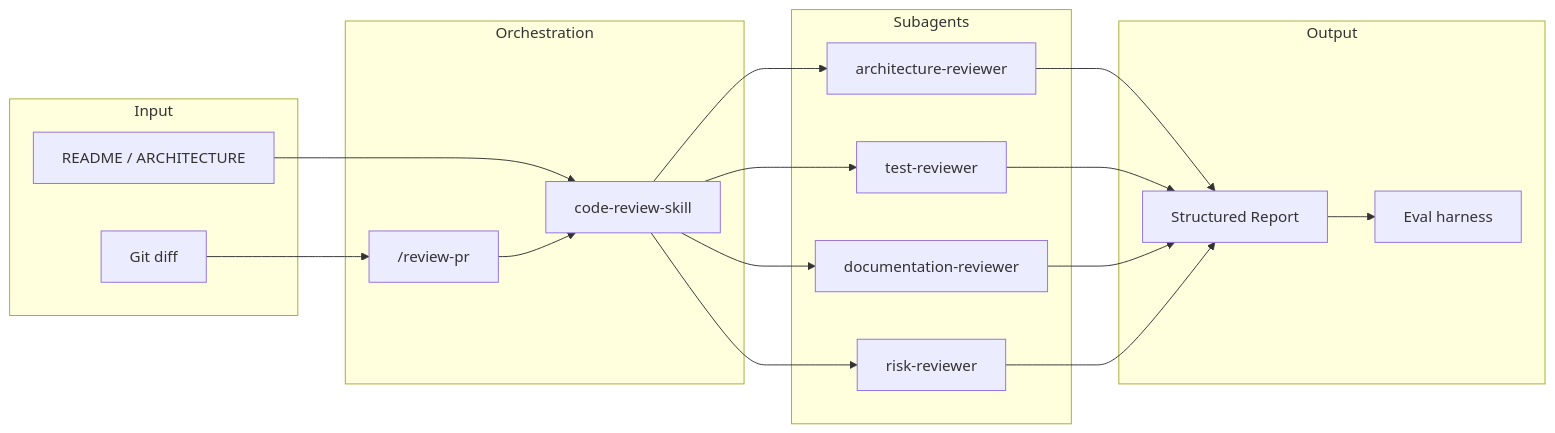
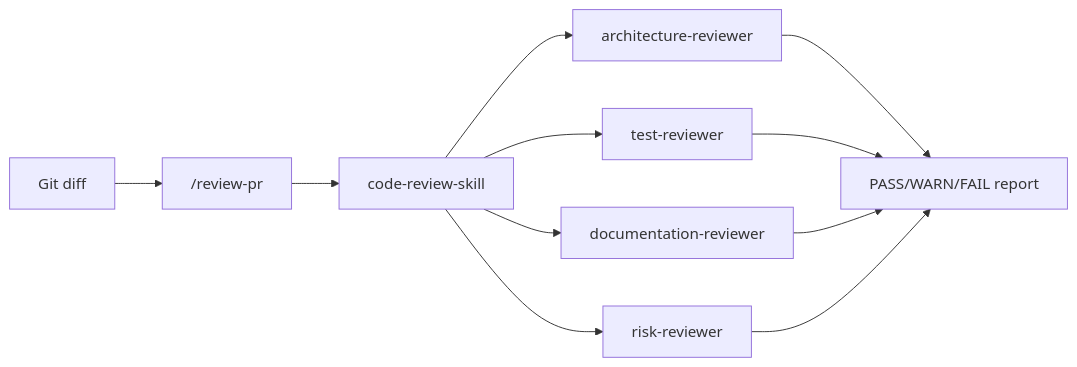
One commit to ParisaJamadi/Smart-Code-Review-Guardian changed the diagram in README.md. Above: the diagram before and after it, drawn with Mermaid. The commit also changed other lines of this file and 8 other files, not shown here.

````diff
--- a/README.md
+++ b/README.md
@@ -96,27 +61,10 @@
 ```mermaid
 flowchart LR
-  subgraph input [Input]
-    Git[Git diff]
-    Docs[README / ARCHITECTURE]
-  end
-  subgraph orchestration [Orchestration]
-    CMD["/review-pr"]
-    Skill[code-review-skill]
-  end
-  subgraph reviewers [Subagents]
-    A[architecture-reviewer]
-    T[test-reviewer]
-    D[documentation-reviewer]
-    R[risk-reviewer]
-  end
-  subgraph output [Output]
-    Report[Structured Report]
-    Evals[Eval harness]
-  end
-  Git --> CMD
-  Docs --> Skill
-  CMD --> Skill
-  Skill --> A & T & D & R
-  A & T & D & R --> Report
-  Report --> Evals
+  Git[Git diff] --> CMD["/review-pr"]
+  CMD --> Skill[code-review-skill]
+  Skill --> A[architecture-reviewer]
+  Skill --> T[test-reviewer]
+  Skill --> D[documentation-reviewer]
+  Skill --> R[risk-reviewer]
+  A & T & D & R --> Report[PASS/WARN/FAIL report]
 ```
````
